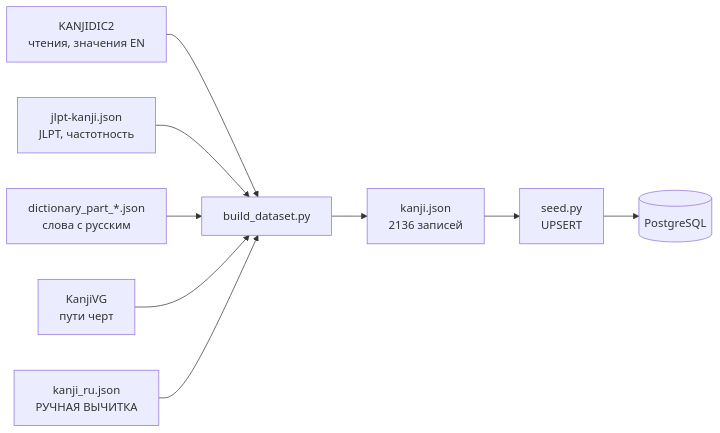
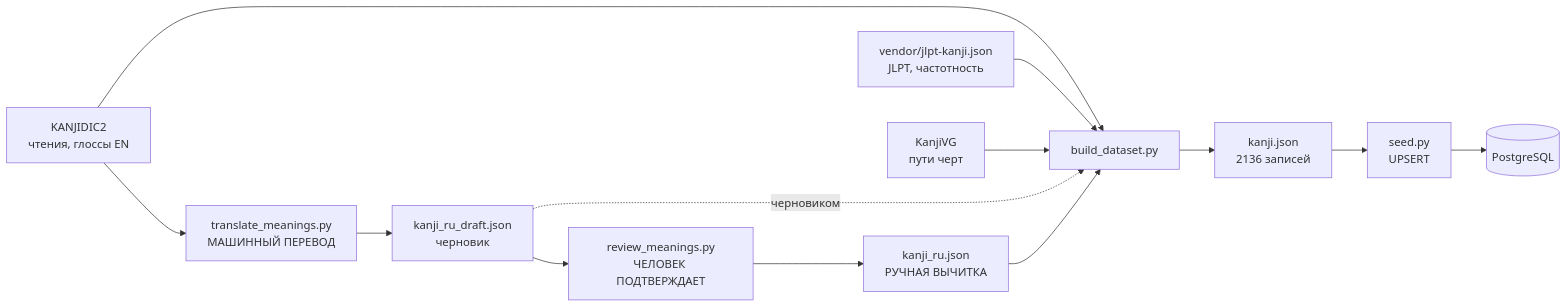
Before and after one commit to Aldar0K/everyday-kanji: the diagram in docs/kanji-pipeline.md, drawn with Mermaid. The commit also changed other lines of this file and 3 other files, not shown here.

````diff
--- a/docs/kanji-pipeline.md
+++ b/docs/kanji-pipeline.md
@@ -18,11 +18,15 @@
 ```mermaid
 flowchart LR
-    KD[KANJIDIC2<br/>чтения, значения EN] --> B
-    JL[jlpt-kanji.json<br/>JLPT, частотность] --> B
-    DIC[dictionary_part_*.json<br/>слова с русским] --> B
+    KD[KANJIDIC2<br/>чтения, глоссы EN] --> B
+    KD --> T
+    JL[vendor/jlpt-kanji.json<br/>JLPT, частотность] --> B
     VG[KanjiVG<br/>пути черт] --> B
+    T[translate_meanings.py<br/>МАШИННЫЙ ПЕРЕВОД] --> DR
+    DR[kanji_ru_draft.json<br/>черновик] --> R
+    DR -.черновиком.-> B
+    R[review_meanings.py<br/>ЧЕЛОВЕК ПОДТВЕРЖДАЕТ] --> RU
     RU[kanji_ru.json<br/>РУЧНАЯ ВЫЧИТКА] --> B
     B[build_dataset.py] --> OUT[kanji.json<br/>2136 записей]
     OUT --> S[seed.py<br/>UPSERT]
     S --> DB[(PostgreSQL)]
 ```
````
